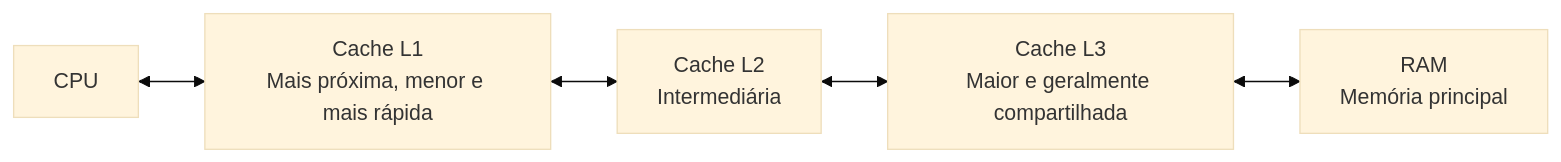
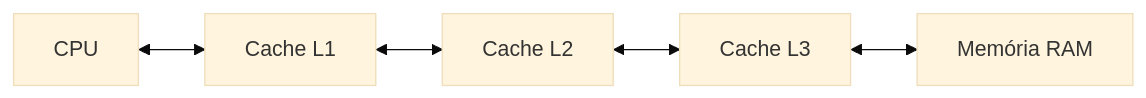
The ninth of 9 diagrams in content/MOD 2/SISCOMP/02 Unidades/Unidade 1/Leitura 1.2/Resumos/SISCOMP-1.2-Resumo.md (matheus046z/CompSci-UCB), drawn with Mermaid (base theme) before and after one commit. The commit also changed other lines of this file, not shown here.

````diff
--- a/content/MOD 2/SISCOMP/02 Unidades/Unidade 1/Leitura 1.2/Resumos/SISCOMP-1.2-Resumo.md
+++ b/content/MOD 2/SISCOMP/02 Unidades/Unidade 1/Leitura 1.2/Resumos/SISCOMP-1.2-Resumo.md
@@ -664,13 +403,13 @@
 ```mermaid
 flowchart LR
     CPU[CPU]
-    L1[Cache L1<br>Mais próxima, menor e mais rápida]
-    L2[Cache L2<br>Intermediária]
-    L3[Cache L3<br>Maior e geralmente compartilhada]
-    RAM[RAM<br>Memória principal]
+    L1[Cache L1]
+    L2[Cache L2]
+    L3[Cache L3]
+    RAM[Memória RAM]
 
     CPU <--> L1
     L1 <--> L2
     L2 <--> L3
     L3 <--> RAM
 ```
````
